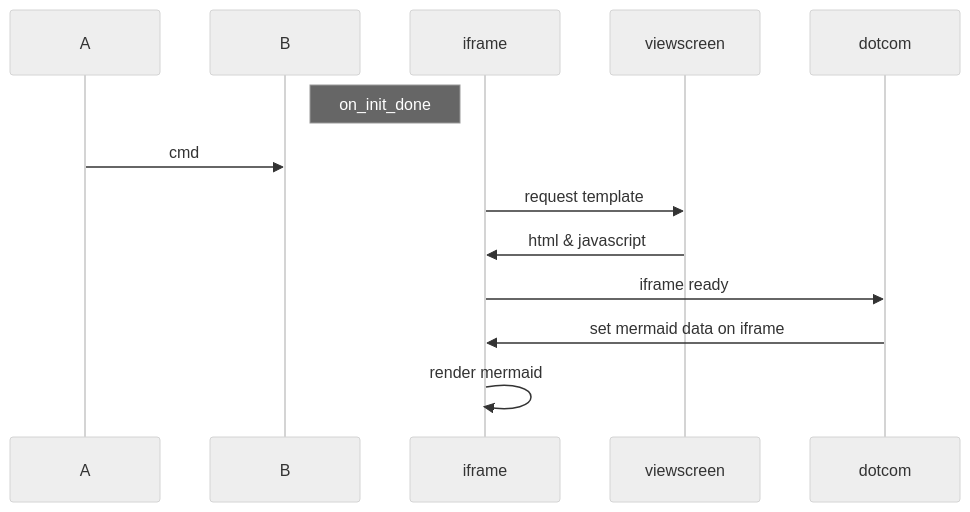
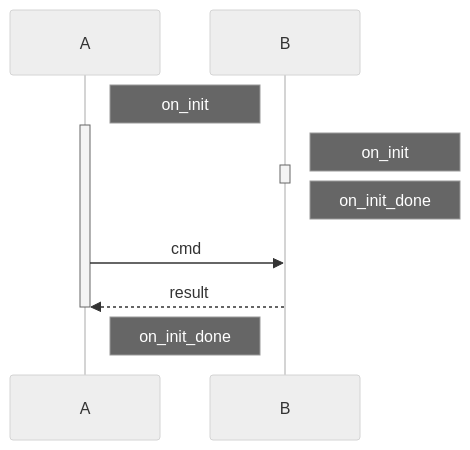
The second of 2 diagrams in docs/ten_framework/ten_packages/extension.md (TEN-framework/ten_framework), drawn with Mermaid (neutral theme) before and after one commit.

````diff
--- a/docs/ten_framework/ten_packages/extension.md
+++ b/docs/ten_framework/ten_packages/extension.md
@@ -79,12 +79,19 @@
 ```mermaid
 sequenceDiagram
-    participant A
-    participant B
-    Note right of B: on_init_done
-    A->>B: cmd
-    iframe->>viewscreen: request template
-    viewscreen->>iframe: html & javascript
-    iframe->>dotcom: iframe ready
-    dotcom->>iframe: set mermaid data on iframe
-    iframe->>iframe: render mermaid
+   participant A
+   participant B
+
+   Note right of A: on_init
+   activate A
+
+   Note right of B: on_init
+   activate B
+   deactivate B
+   Note right of B: on_init_done
+
+   A->>B: cmd
+   B-->>A: result
+
+   deactivate A
+   Note right of A: on_init_done
 ```
````
